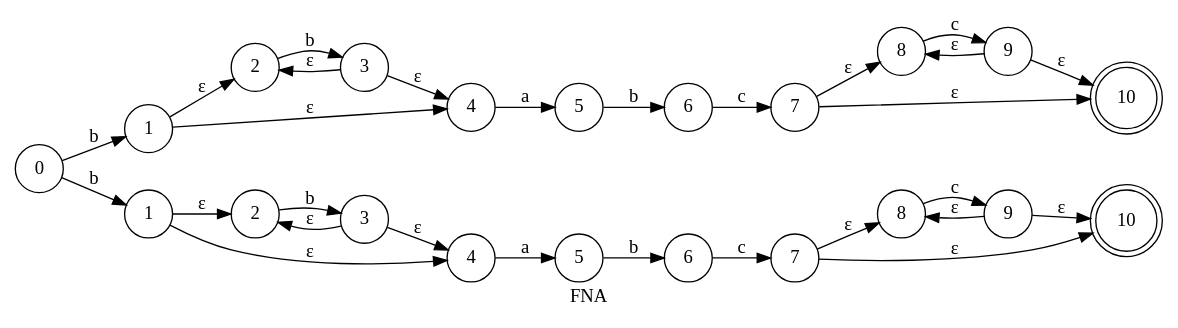
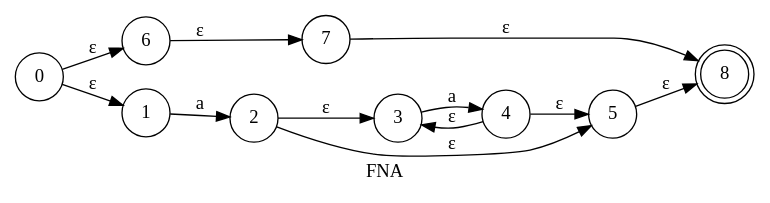
One commit to emiliosolanoo21/LabCD_LP changed the diagram in Tree/default/Infix/AFN.gv. Above: the diagram before and after it, drawn with Graphviz. The commit also changed 37 other files, not shown here.

```diff
--- a/Tree/default/Infix/AFN.gv
+++ b/Tree/default/Infix/AFN.gv
@@ -1,54 +1,25 @@
 // AFN
 digraph {
 	rankdir=LR
 	label=FNA
-	1616118350848 [label=0 shape=circle]
-	1616122912192 [label=1 shape=circle]
-	1616122912672 [label=2 shape=circle]
-	1616122949696 [label=3 shape=circle]
-	1616122949696 -> 1616122912672 [label="ε"]
-	1616122949792 [label=4 shape=circle]
-	1616122949888 [label=5 shape=circle]
-	1616122949984 [label=6 shape=circle]
-	1616122950080 [label=7 shape=circle]
-	1616122950176 [label=8 shape=circle]
-	1616122950272 [label=9 shape=circle]
-	1616122950272 -> 1616122950176 [label="ε"]
-	1616122950368 [label=10 shape=doublecircle]
-	1616122950272 -> 1616122950368 [label="ε"]
-	1616122950176 -> 1616122950272 [label=c]
-	1616122950080 -> 1616122950176 [label="ε"]
-	1616122950080 -> 1616122950368 [label="ε"]
-	1616122949984 -> 1616122950080 [label=c]
-	1616122949888 -> 1616122949984 [label=b]
-	1616122949792 -> 1616122949888 [label=a]
-	1616122949696 -> 1616122949792 [label="ε"]
-	1616122912672 -> 1616122949696 [label=b]
-	1616122912192 -> 1616122912672 [label="ε"]
-	1616122912192 -> 1616122949792 [label="ε"]
-	1616118350848 -> 1616122912192 [label=b]
-	1616122911952 [label=1 shape=circle]
-	1616123036096 [label=2 shape=circle]
-	1616123036192 [label=3 shape=circle]
-	1616123036192 -> 1616123036096 [label="ε"]
-	1616123036288 [label=4 shape=circle]
-	1616123036384 [label=5 shape=circle]
-	1616123036480 [label=6 shape=circle]
-	1616123036576 [label=7 shape=circle]
-	1616123036672 [label=8 shape=circle]
-	1616123036768 [label=9 shape=circle]
-	1616123036768 -> 1616123036672 [label="ε"]
-	1616123036864 [label=10 shape=doublecircle]
-	1616123036768 -> 1616123036864 [label="ε"]
-	1616123036672 -> 1616123036768 [label=c]
-	1616123036576 -> 1616123036672 [label="ε"]
-	1616123036576 -> 1616123036864 [label="ε"]
-	1616123036480 -> 1616123036576 [label=c]
-	1616123036384 -> 1616123036480 [label=b]
-	1616123036288 -> 1616123036384 [label=a]
-	1616123036192 -> 1616123036288 [label="ε"]
-	1616123036096 -> 1616123036192 [label=b]
-	1616122911952 -> 1616123036096 [label="ε"]
-	1616122911952 -> 1616123036288 [label="ε"]
-	1616118350848 -> 1616122911952 [label=b]
+	2417075462208 [label=0 shape=circle]
+	2417075465664 [label=6 shape=circle]
+	2417075465568 [label=7 shape=circle]
+	2417075465472 [label=8 shape=doublecircle]
+	2417075465568 -> 2417075465472 [label="ε"]
+	2417075465664 -> 2417075465568 [label="ε"]
+	2417075462208 -> 2417075465664 [label="ε"]
+	2417075463360 [label=1 shape=circle]
+	2417075466048 [label=2 shape=circle]
+	2417075465952 [label=3 shape=circle]
+	2417075465856 [label=4 shape=circle]
+	2417075465856 -> 2417075465952 [label="ε"]
+	2417075465760 [label=5 shape=circle]
+	2417075465760 -> 2417075465472 [label="ε"]
+	2417075465856 -> 2417075465760 [label="ε"]
+	2417075465952 -> 2417075465856 [label=a]
+	2417075466048 -> 2417075465952 [label="ε"]
+	2417075466048 -> 2417075465760 [label="ε"]
+	2417075463360 -> 2417075466048 [label=a]
+	2417075462208 -> 2417075463360 [label="ε"]
 }
```
